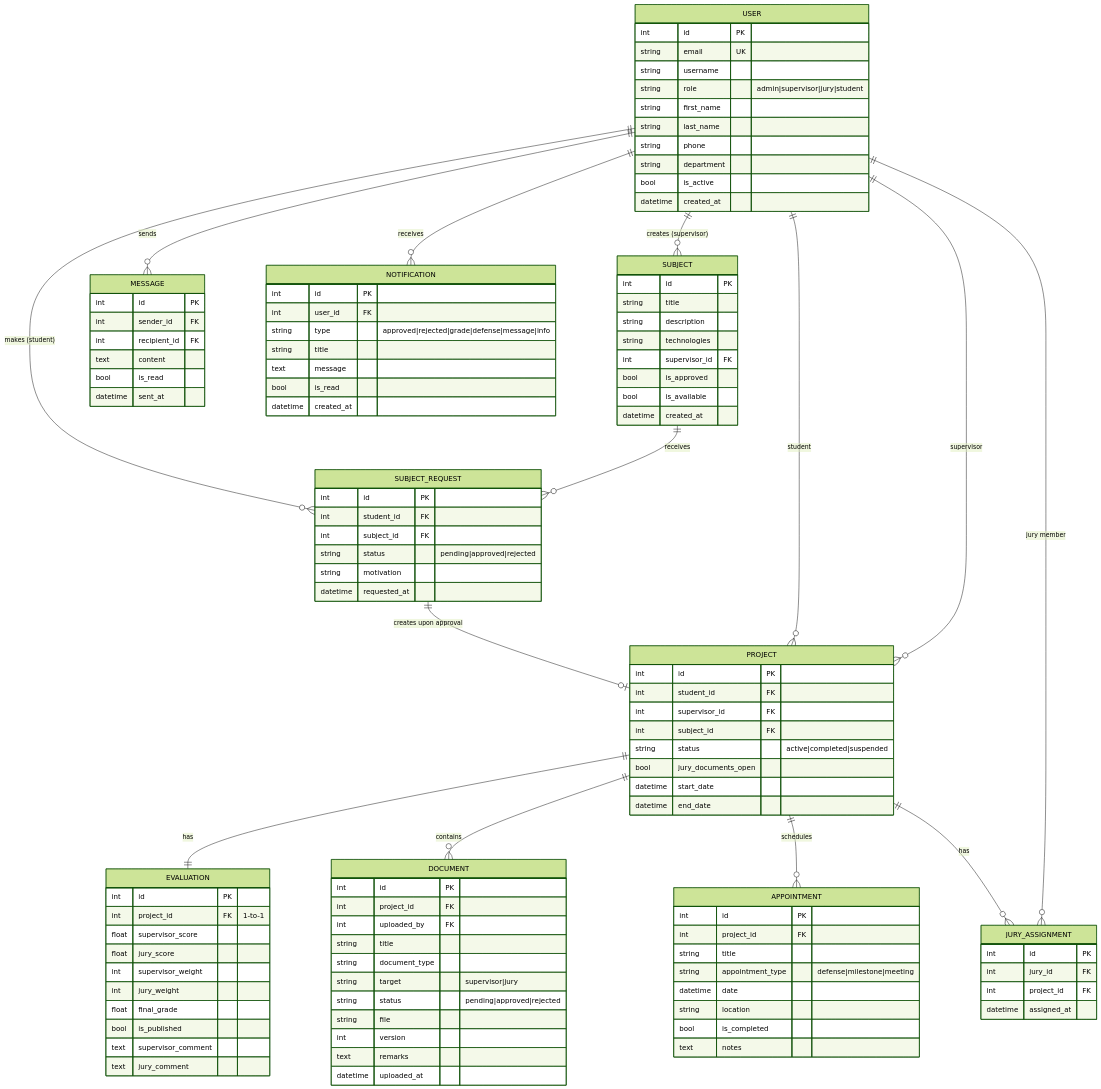
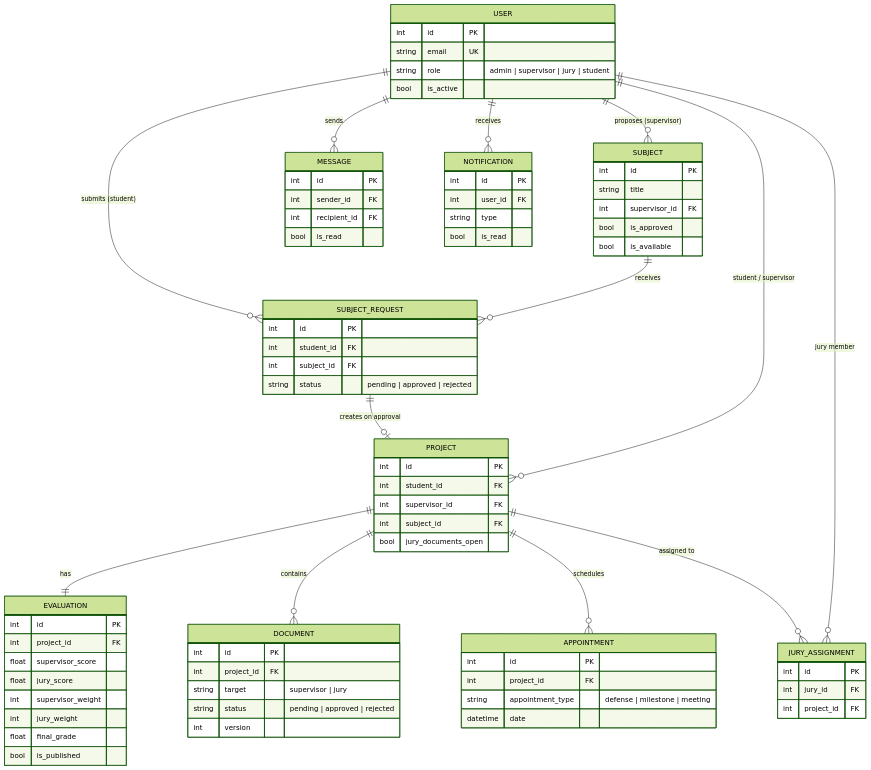
One commit to Lagmouchyoussef/PFE-Navigator changed the second of 4 diagrams in README.md. Above: the diagram before and after it, drawn with Mermaid (forest theme). The commit also changed other lines of this file and 1 other file, not shown here.

````diff
--- a/README.md
+++ b/README.md
@@ -212,124 +198,82 @@
 ```mermaid
 erDiagram
+    USER ||--o{ SUBJECT : "proposes (supervisor)"
+    USER ||--o{ SUBJECT_REQUEST : "submits (student)"
+    SUBJECT ||--o{ SUBJECT_REQUEST : "receives"
+    SUBJECT_REQUEST ||--o| PROJECT : "creates on approval"
+    USER ||--o{ PROJECT : "student / supervisor"
+    PROJECT ||--|| EVALUATION : "has"
+    PROJECT ||--o{ DOCUMENT : "contains"
+    PROJECT ||--o{ APPOINTMENT : "schedules"
+    PROJECT ||--o{ JURY_ASSIGNMENT : "assigned to"
+    USER ||--o{ JURY_ASSIGNMENT : "jury member"
+    USER ||--o{ MESSAGE : "sends"
+    USER ||--o{ NOTIFICATION : "receives"
+
     USER {
         int id PK
         string email UK
-        string username
-        string role "admin|supervisor|jury|student"
-        string first_name
-        string last_name
-        string phone
-        string department
+        string role "admin | supervisor | jury | student"
         bool is_active
-        datetime created_at
     }
-
     SUBJECT {
         int id PK
         string title
-        string description
-        string technologies
         int supervisor_id FK
         bool is_approved
         bool is_available
-        datetime created_at
     }
-
     SUBJECT_REQUEST {
         int id PK
         int student_id FK
         int subject_id FK
-        string status "pending|approved|rejected"
-        string motivation
-        datetime requested_at
+        string status "pending | approved | rejected"
     }
-
     PROJECT {
         int id PK
         int student_id FK
         int supervisor_id FK
         int subject_id FK
-        string status "active|completed|suspended"
         bool jury_documents_open
-        datetime start_date
-        datetime end_date
     }
-
     EVALUATION {
         int id PK
-        int project_id FK "1-to-1"
+        int project_id FK
         float supervisor_score
         float jury_score
         int supervisor_weight
         int jury_weight
         float final_grade
         bool is_published
-        text supervisor_comment
-        text jury_comment
     }
-
     DOCUMENT {
         int id PK
         int project_id FK
-        int uploaded_by FK
-        string title
-        string document_type
-        string target "supervisor|jury"
-        string status "pending|approved|rejected"
-        string file
+        string target "supervisor | jury"
+        string status "pending | approved | rejected"
         int version
-        text remarks
-        datetime uploaded_at
     }
-
     APPOINTMENT {
         int id PK
         int project_id FK
-        string title
-        string appointment_type "defense|milestone|meeting"
+        string appointment_type "defense | milestone | meeting"
         datetime date
-        string location
-        bool is_completed
-        text notes
     }
-
     JURY_ASSIGNMENT {
         int id PK
         int jury_id FK
         int project_id FK
-        datetime assigned_at
     }
-
     MESSAGE {
         int id PK
         int sender_id FK
         int recipient_id FK
-        text content
         bool is_read
-        datetime sent_at
     }
-
     NOTIFICATION {
         int id PK
         int user_id FK
-        string type "approved|rejected|grade|defense|message|info"
-        string title
-        text message
+        string type
         bool is_read
-        datetime created_at
     }
-
-    USER ||--o{ SUBJECT : "creates (supervisor)"
-    USER ||--o{ SUBJECT_REQUEST : "makes (student)"
-    SUBJECT ||--o{ SUBJECT_REQUEST : "receives"
-    SUBJECT_REQUEST ||--o| PROJECT : "creates upon approval"
-    USER ||--o{ PROJECT : "student"
-    USER ||--o{ PROJECT : "supervisor"
-    PROJECT ||--|| EVALUATION : "has"
-    PROJECT ||--o{ DOCUMENT : "contains"
-    PROJECT ||--o{ APPOINTMENT : "schedules"
-    PROJECT ||--o{ JURY_ASSIGNMENT : "has"
-    USER ||--o{ JURY_ASSIGNMENT : "jury member"
-    USER ||--o{ MESSAGE : "sends"
-    USER ||--o{ NOTIFICATION : "receives"
 ```
````
